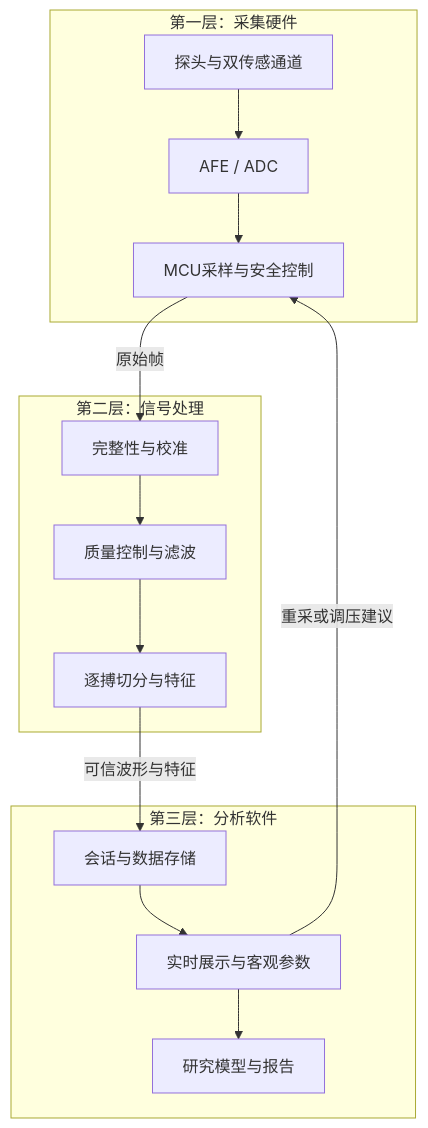
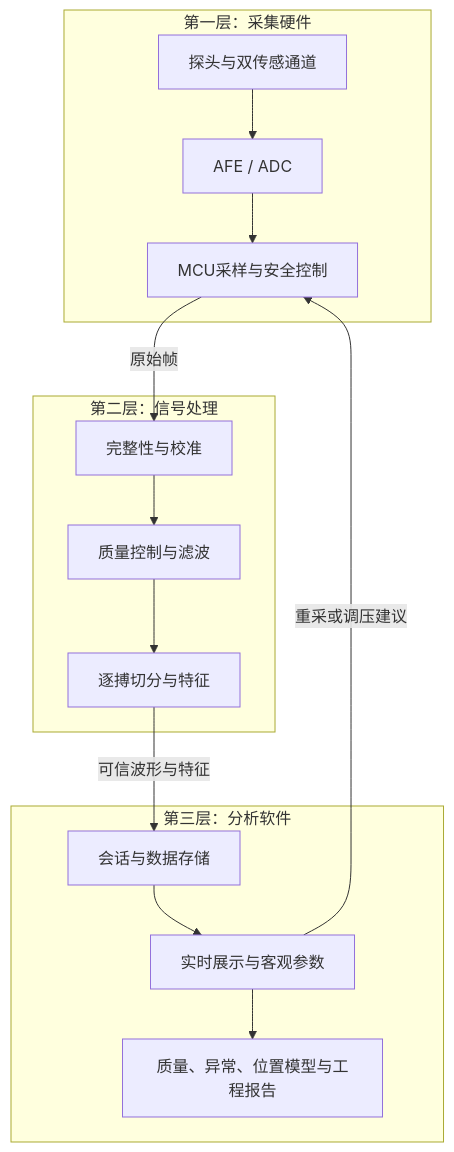
The first of 3 diagrams in docs/00-项目总览/系统架构.md (cxjchelsea/digital-pulse-diagnosis), drawn with Mermaid before and after one commit. The commit also changed other lines of this file and 37 other files, not shown here.

````diff
--- a/docs/00-项目总览/系统架构.md
+++ b/docs/00-项目总览/系统架构.md
@@ -21,18 +21,18 @@
 ```mermaid
 flowchart TD
     subgraph L1["第一层：采集硬件"]
         A["探头与双传感通道"] --> B["AFE / ADC"]
         B --> C["MCU采样与安全控制"]
     end
     subgraph L2["第二层：信号处理"]
         D["完整性与校准"] --> E["质量控制与滤波"]
         E --> F["逐搏切分与特征"]
     end
     subgraph L3["第三层：分析软件"]
         G["会话与数据存储"] --> H["实时展示与客观参数"]
-        H --> I["研究模型与报告"]
+        H --> I["质量、异常、位置模型与工程报告"]
     end
     C -->|原始帧| D
     F -->|可信波形与特征| G
     H -->|重采或调压建议| C
 ```
````
